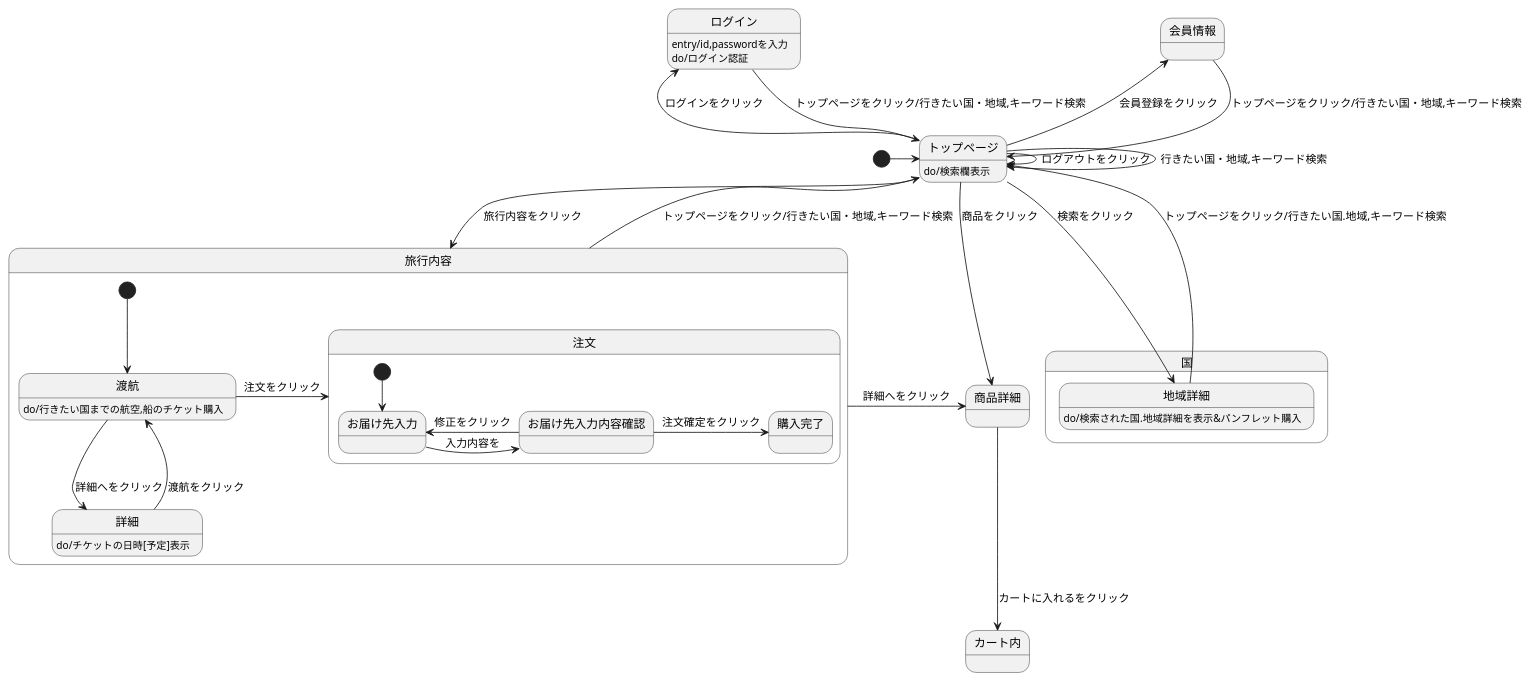
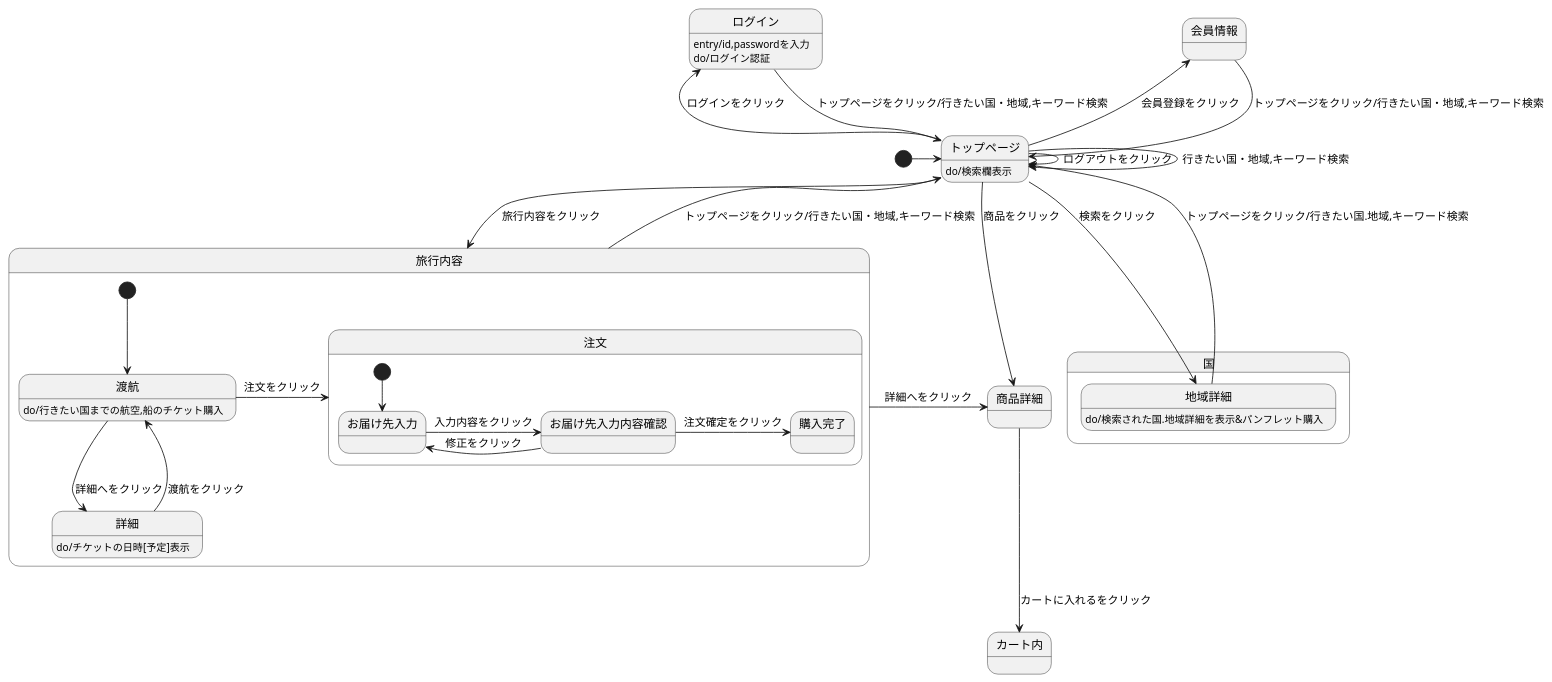
The diagram in kadai8.md (Aso2001195/2021sys-design), drawn with PlantUML before and after one commit.

````diff
--- a/kadai8.md
+++ b/kadai8.md
@@ -1,37 +1,37 @@
 ```uml
 @startuml
 [*] -> トップページ
 会員情報 --> トップページ :トップページをクリック/行きたい国・地域,キーワード検索
 ログイン --> トップページ :トップページをクリック/行きたい国・地域,キーワード検索
 ログイン :entry/id,passwordを入力
 ログイン :do/ログイン認証
 トップページ -> トップページ :ログアウトをクリック
 トップページ -> トップページ :行きたい国・地域,キーワード検索
 国.地域詳細 -->トップページ :トップページをクリック/行きたい国.地域,キーワード検索
 国.地域詳細 :do/検索された国.地域詳細を表示&パンフレット購入
 トップページ --> 国.地域詳細 :検索をクリック
 トップページ -> 商品詳細 :商品をクリック
 トップページ -left-> 会員情報 :会員登録をクリック
 トップページ -left-> ログイン :ログインをクリック
 トップページ -> 旅行内容 :旅行内容をクリック
 トップページ : do/検索欄表示
 商品詳細 --> カート内 :カートに入れるをクリック
 旅行内容 -up-> トップページ :トップページをクリック/行きたい国・地域,キーワード検索
 旅行内容 ->商品詳細 :詳細へをクリック
 
 state 旅行内容{
 [*] --> 渡航
 渡航 -> 注文 :注文をクリック
 渡航 :do/行きたい国までの航空,船のチケット購入
 渡航 -> 詳細 :詳細へをクリック
 詳細 :do/チケットの日時[予定]表示
 詳細--> 渡航 :渡航をクリック
 state 注文{
  [*] --> お届け先入力
- お届け先入力 -> お届け先入力内容確認 :入力内容を
+ お届け先入力 -> お届け先入力内容確認 :入力内容をクリック
  お届け先入力内容確認 -> お届け先入力 :修正をクリック
  お届け先入力内容確認 -> 購入完了 :注文確定をクリック
  }
 }
 @enduml
 ```
````
